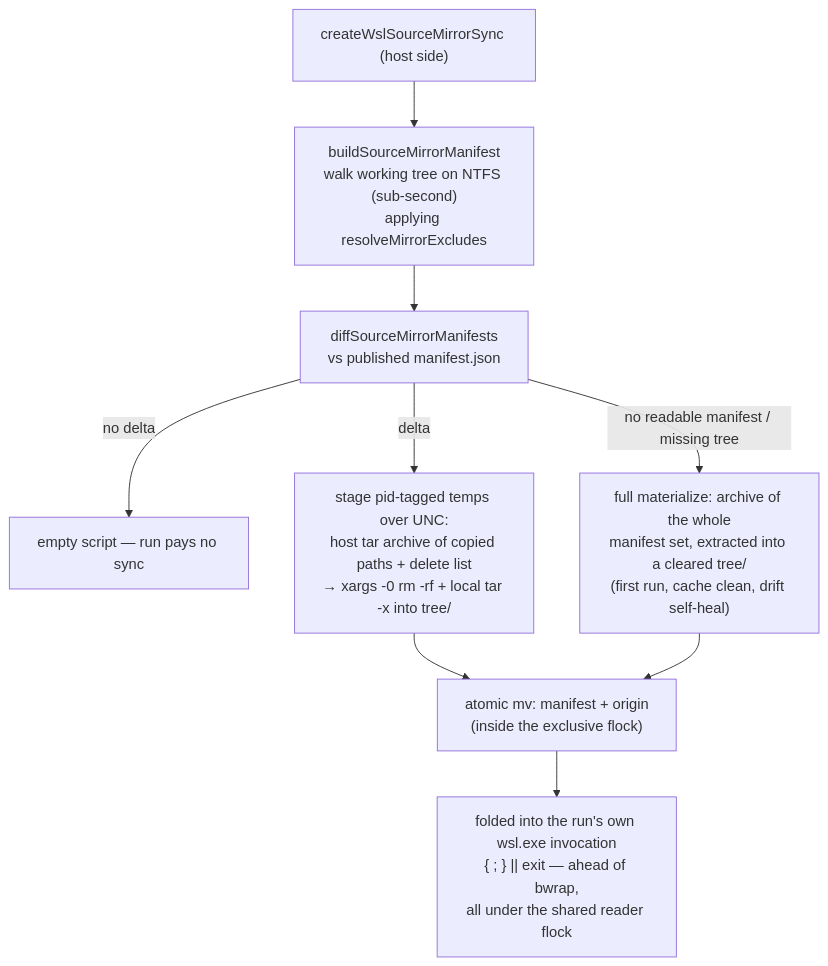
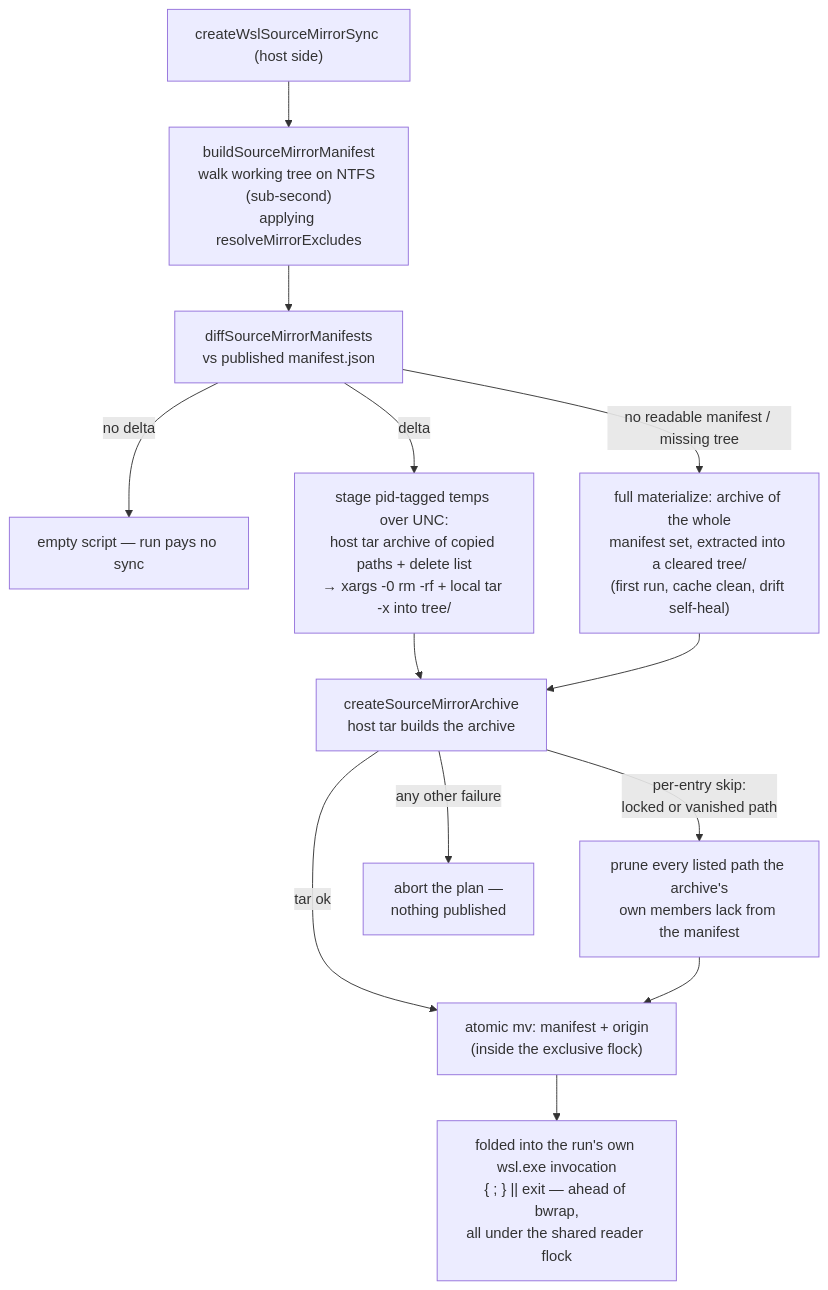
Before and after one commit to Esposter/Esposter: the diagram in packages/app/content/docs/virrun/wsl-source-mirror.md, drawn with Mermaid. The commit also changed other lines of this file and 1 other file, not shown here.

Commit message:
docs(virrun): document archive skip tolerance and drop stale mirror claims
The source-mirror flow diagram gains the archive's outcome fork
(publish / prune / abort) now that a per-entry skip is recoverable, and
a bullet covers how skips are attributed from the archive's members.

Also corrects two claims the code had already outgrown: doctor probes
host tar, not rsync, and the archive preserves symlinks rather than
dereferencing them with -h.

````diff
--- a/packages/app/content/docs/virrun/wsl-source-mirror.md
+++ b/packages/app/content/docs/virrun/wsl-source-mirror.md
@@ -20,11 +20,14 @@
 ```mermaid
 flowchart TB
     plan["createWslSourceMirrorSync (host side)"] --> walk["buildSourceMirrorManifest\nwalk working tree on NTFS (sub-second)\napplying resolveMirrorExcludes"]
     walk --> diff["diffSourceMirrorManifests\nvs published manifest.json"]
     diff -->|"no delta"| skipped["empty script — run pays no sync"]
     diff -->|"delta"| delta["stage pid-tagged temps over UNC:\nhost tar archive of copied paths + delete list\n→ xargs -0 rm -rf + local tar -x into tree/"]
     diff -->|"no readable manifest / missing tree"| full["full materialize: archive of the whole\nmanifest set, extracted into a cleared tree/\n(first run, cache clean, drift self-heal)"]
-    delta --> publish["atomic mv: manifest + origin\n(inside the exclusive flock)"]
-    full --> publish
-    publish --> bwrap["folded into the run's own wsl.exe invocation\n{ <sync>; } || exit — ahead of bwrap,\nall under the shared reader flock"]
+    delta --> archive["createSourceMirrorArchive\nhost tar builds the archive"]
+    full --> archive
+    archive -->|"tar ok"| publish
+    archive -->|"per-entry skip:\nlocked or vanished path"| prune["prune every listed path the archive's\nown members lack from the manifest"] --> publish
+    archive -->|"any other failure"| abort["abort the plan —\nnothing published"]
+    publish["atomic mv: manifest + origin\n(inside the exclusive flock)"] --> bwrap["folded into the run's own wsl.exe invocation\n{ <sync>; } || exit — ahead of bwrap,\nall under the shared reader flock"]
 ```
````
